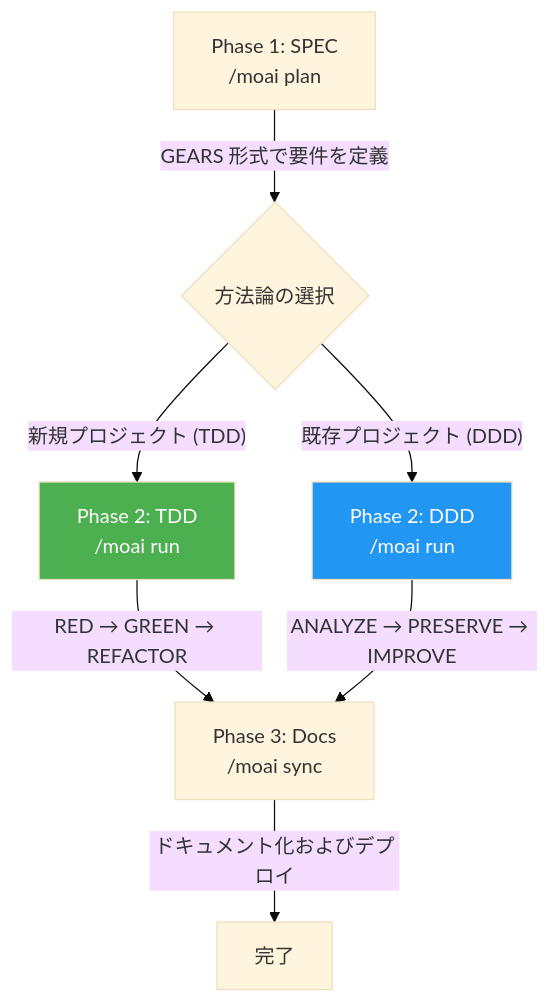
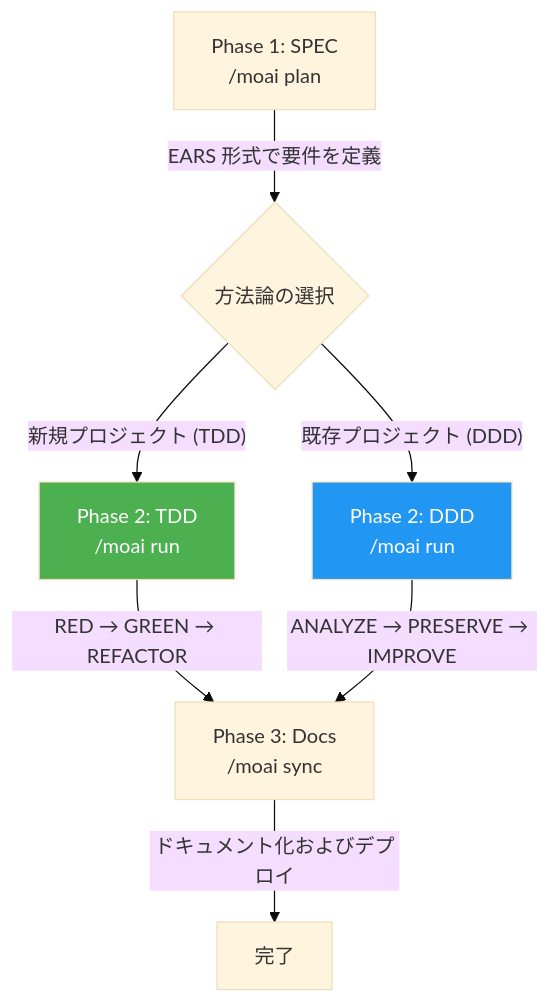
One commit to modu-ai/moai-adk changed the second of 2 diagrams in docs-site/content/ja/getting-started/introduction.md. Above: the diagram before and after it, drawn with Mermaid (base theme). The commit also changed other lines of this file and 198 other files, not shown here.

````diff
--- a/docs-site/content/ja/getting-started/introduction.md
+++ b/docs-site/content/ja/getting-started/introduction.md
@@ -213,12 +213,12 @@
 ```mermaid
 flowchart TD
-    A["Phase 1: SPEC<br/>/moai plan"] -->|"GEARS 形式で要件を定義"| B{"方法論の選択"}
+    A["Phase 1: SPEC<br/>/moai plan"] -->|"EARS 形式で要件を定義"| B{"方法論の選択"}
     B -->|"新規プロジェクト (TDD)"| C["Phase 2: TDD<br/>/moai run"]
     B -->|"既存プロジェクト (DDD)"| D["Phase 2: DDD<br/>/moai run"]
     C -->|"RED → GREEN → REFACTOR"| E["Phase 3: Docs<br/>/moai sync"]
     D -->|"ANALYZE → PRESERVE → IMPROVE"| E
     E -->|"ドキュメント化およびデプロイ"| F["完了"]
 
     style C fill:#4CAF50,color:#fff
     style D fill:#2196F3,color:#fff
 ```
````
